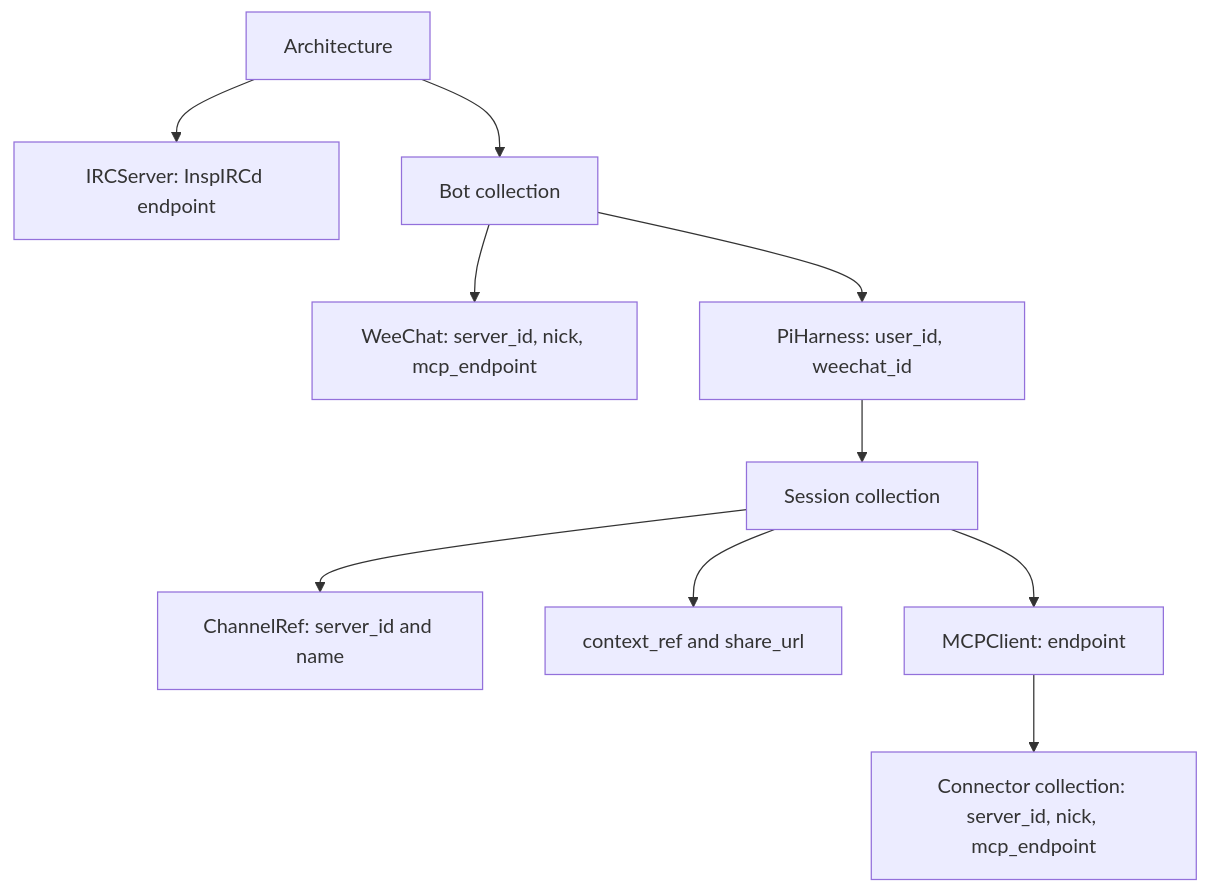
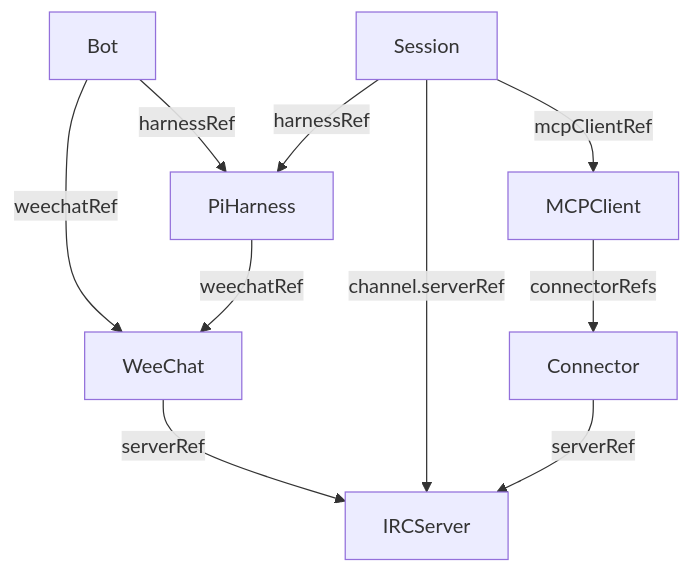
Before and after one commit to r33drichards/cuse-operator: the diagram in docs/design-and-plan.md, drawn with Mermaid. The commit also changed other lines of this file and 15 other files, not shown here.

First line of the commit message:
Split Bot, Session, PiHarness, MCPClient, Connector and WeeChat into CRDs

````diff
--- a/docs/design-and-plan.md
+++ b/docs/design-and-plan.md
@@ -12,12 +43,12 @@
 ```mermaid
 flowchart TD
-  A[Architecture] --> I[IRCServer: InspIRCd endpoint]
-  A --> B[Bot collection]
-  B --> W[WeeChat: server_id, nick, mcp_endpoint]
-  B --> P[PiHarness: user_id, weechat_id]
-  P --> S[Session collection]
-  S --> C[ChannelRef: server_id and name]
-  S --> R[context_ref and share_url]
-  S --> M[MCPClient: endpoint]
-  M --> X[Connector collection: server_id, nick, mcp_endpoint]
+  B[Bot] -->|weechatRef| W[WeeChat]
+  B -->|harnessRef| P[PiHarness]
+  P -->|weechatRef| W
+  W -->|serverRef| I[IRCServer]
+  S[Session] -->|harnessRef| P
+  S -->|channel.serverRef| I
+  S -->|mcpClientRef| M[MCPClient]
+  M -->|connectorRefs| C[Connector]
+  C -->|serverRef| I
 ```
````
